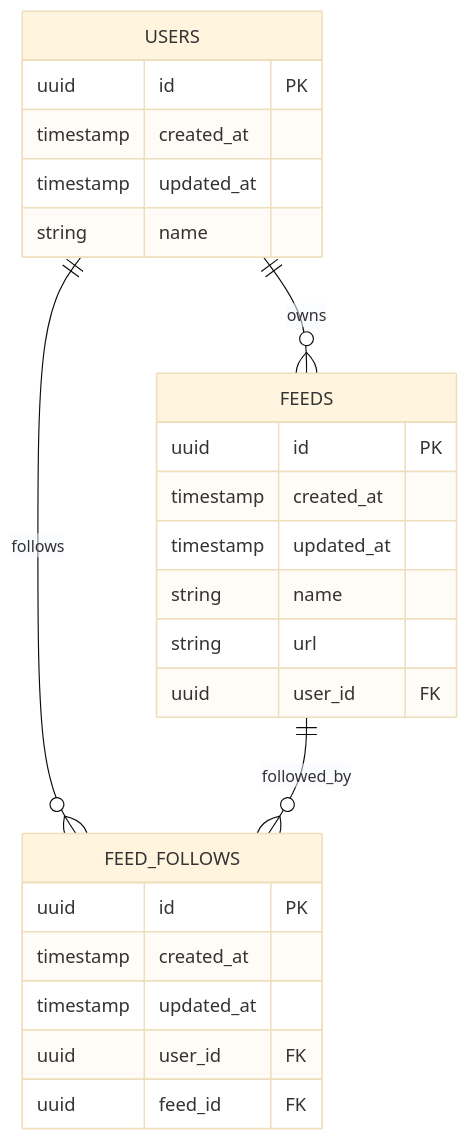
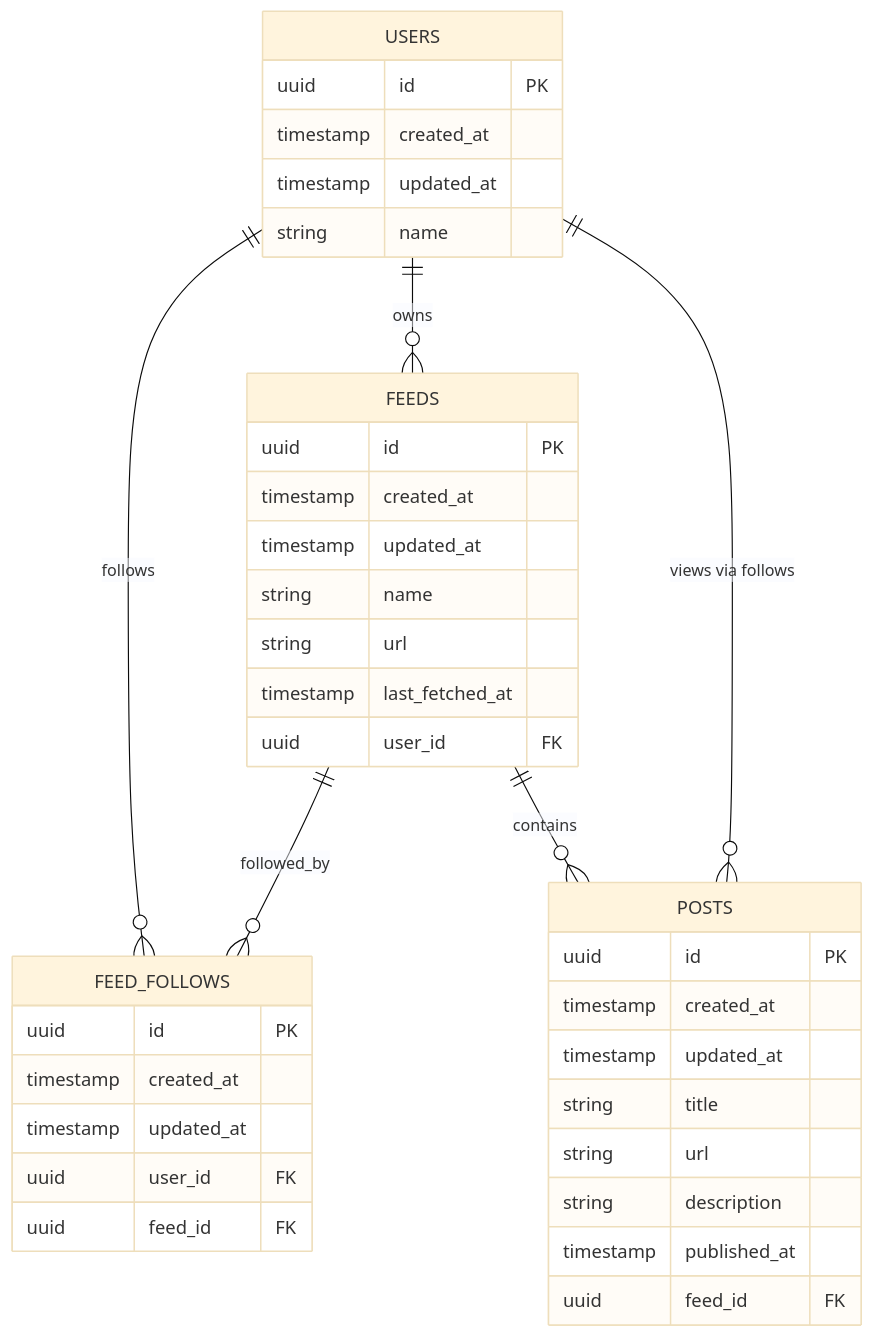
One commit to nicoki2004/gator changed the diagram in README.md. Above: the diagram before and after it, drawn with Mermaid (base theme). The commit also changed other lines of this file, not shown here.

````diff
--- a/README.md
+++ b/README.md
@@ -142,28 +214,41 @@
 ```mermaid
 erDiagram
 		USERS ||--o{ FEEDS : owns
 		USERS ||--o{ FEED_FOLLOWS : follows
 		FEEDS ||--o{ FEED_FOLLOWS : followed_by
+    FEEDS ||--o{ POSTS : contains
+    USERS ||--o{ POSTS : "views via follows"
 
-		USERS {
-			uuid id PK
-			timestamp created_at
-			timestamp updated_at
-			string name
-		}
-		FEEDS {
-			uuid id PK
-			timestamp created_at
-			timestamp updated_at
-			string name
-			string url
-			uuid user_id FK
-		}
-		FEED_FOLLOWS {
-			uuid id PK
-			timestamp created_at
-			timestamp updated_at
-			uuid user_id FK
-			uuid feed_id FK
-		}
+    USERS {
+      uuid id PK
+      timestamp created_at
+      timestamp updated_at
+      string name
+    }
+    FEEDS {
+      uuid id PK
+      timestamp created_at
+      timestamp updated_at
+      string name
+      string url
+      timestamp last_fetched_at
+      uuid user_id FK
+    }
+    FEED_FOLLOWS {
+      uuid id PK
+      timestamp created_at
+      timestamp updated_at
+      uuid user_id FK
+      uuid feed_id FK
+    }
+    POSTS {
+      uuid id PK
+      timestamp created_at
+      timestamp updated_at
+      string title
+      string url
+      string description
+      timestamp published_at
+      uuid feed_id FK
+    }
 ```
````
